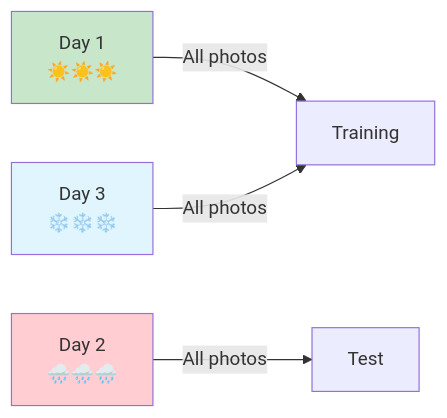
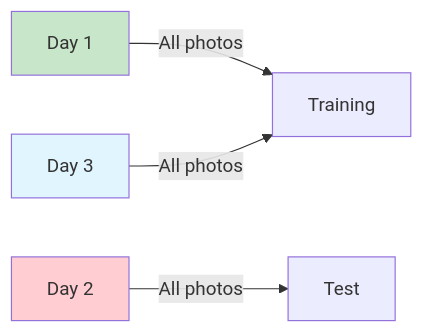
The seventh of 10 diagrams in docs/workflow_data_preparation.md (SITES-spectral/phenocai), drawn with Mermaid before and after one commit. The commit also changed other lines of this file and 22 other files, not shown here.

````diff
--- a/docs/workflow_data_preparation.md
+++ b/docs/workflow_data_preparation.md
@@ -168,10 +168,10 @@
 ```mermaid
 graph LR
-    A[Day 1<br/>☀️☀️☀️] -->|All photos| B[Training]
-    C[Day 2<br/>🌧️🌧️🌧️] -->|All photos| D[Test]
-    E[Day 3<br/>❄️❄️❄️] -->|All photos| B
+    A[Day 1] -->|All photos| B[Training]
+    C[Day 2] -->|All photos| D[Test]
+    E[Day 3] -->|All photos| B
     
     style A fill:#c8e6c9
     style C fill:#ffcdd2
     style E fill:#e1f5fe
 ```
````
